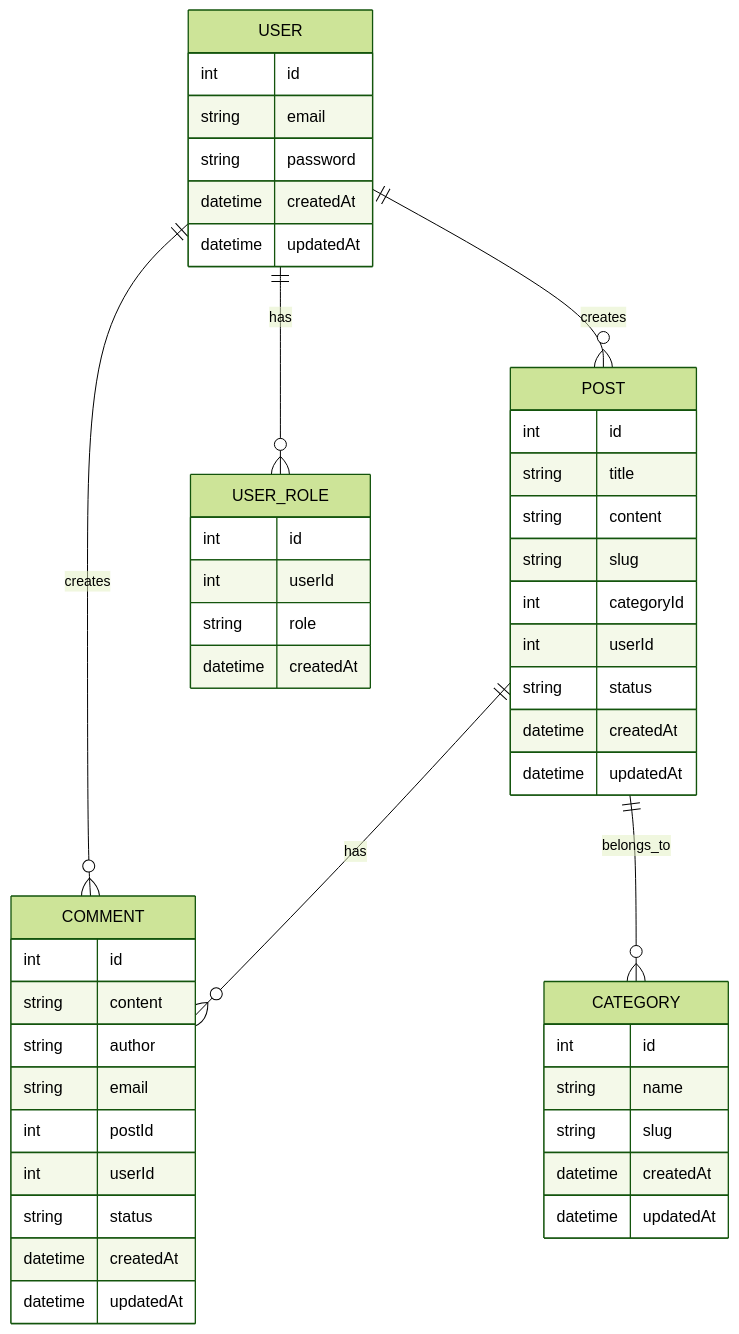
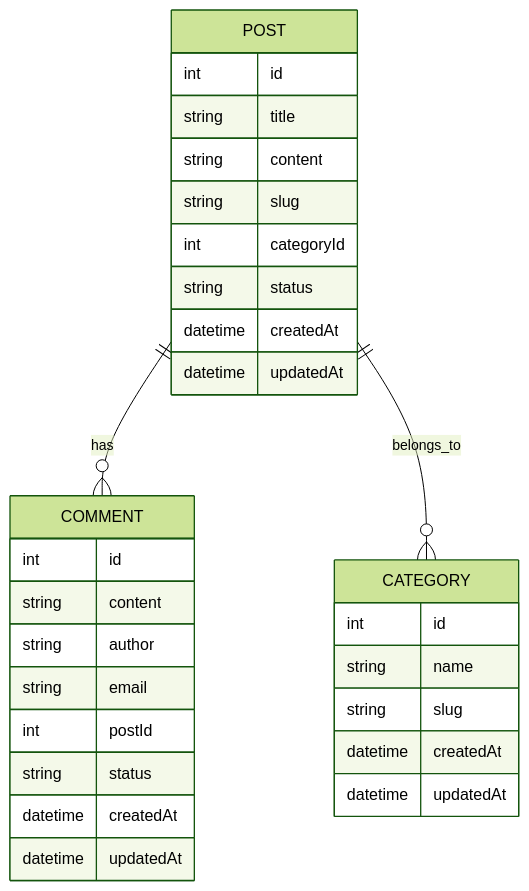
Before and after one commit to Sky-Ljw/my-blog: the third of 3 diagrams in .trae/documents/博客网站技术架构.md, drawn with Mermaid (forest theme). The commit also changed other lines of this file and 4054 other files, not shown here.

````diff
--- a/.trae/documents/博客网站技术架构.md
+++ b/.trae/documents/博客网站技术架构.md
@@ -93,55 +69,35 @@
 ```mermaid
 erDiagram
     POST ||--o{ COMMENT : has
     POST ||--o{ CATEGORY : belongs_to
-    USER ||--o{ POST : creates
-    USER ||--o{ COMMENT : creates
-    USER ||--o{ USER_ROLE : has
 
     POST {
         int id
         string title
         string content
         string slug
         int categoryId
-        int userId
         string status
         datetime createdAt
         datetime updatedAt
     }
 
     COMMENT {
         int id
         string content
         string author
         string email
         int postId
-        int userId
         string status
         datetime createdAt
         datetime updatedAt
     }
 
     CATEGORY {
         int id
         string name
         string slug
         datetime createdAt
         datetime updatedAt
     }
-
-    USER {
-        int id
-        string email
-        string password
-        datetime createdAt
-        datetime updatedAt
-    }
-
-    USER_ROLE {
-        int id
-        int userId
-        string role
-        datetime createdAt
-    }
 ```
````
